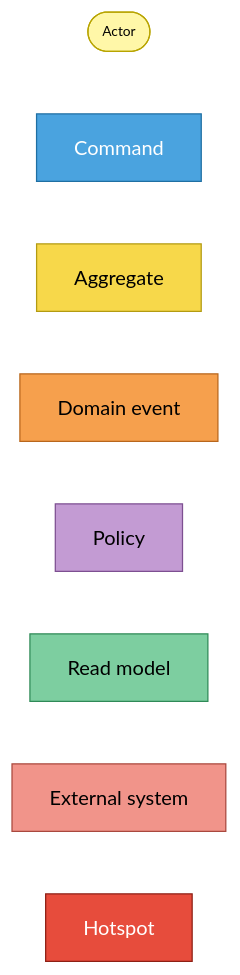
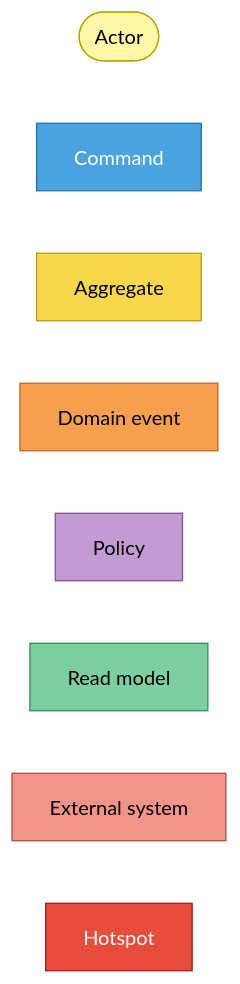
Before and after one commit to IQVO/warehouse-docs: the first of 4 diagrams in docs/contexts/network-inventory-planning/eventstorming.md, drawn with Mermaid (forest theme). The commit also changed other lines of this file and 115 other files, not shown here.

````diff
--- a/docs/contexts/network-inventory-planning/eventstorming.md
+++ b/docs/contexts/network-inventory-planning/eventstorming.md
@@ -20,19 +21,19 @@
 ```mermaid
 flowchart LR
   A([Actor]):::actor
   C[Command]:::command
   G[Aggregate]:::aggregate
   E[Domain event]:::event
   P[Policy]:::policy
   R[Read model]:::readmodel
   X[External system]:::external
   H[Hotspot]:::hotspot
-  classDef actor fill:#fff7a8,stroke:#b8a400,color:#000,font-size:11px
+  classDef actor fill:#fff7a8,stroke:#b8a400,color:#000
   classDef command fill:#4aa3df,stroke:#1f6fa3,color:#fff
   classDef aggregate fill:#f7d84a,stroke:#b39b12,color:#000
   classDef event fill:#f6a04d,stroke:#b8661c,color:#000
   classDef policy fill:#c39bd3,stroke:#7d4f91,color:#000
   classDef readmodel fill:#7dcea0,stroke:#2f8a57,color:#000
   classDef external fill:#f1948a,stroke:#a9483e,color:#000
   classDef hotspot fill:#e74c3c,stroke:#8e1f14,color:#fff
 ```
````
